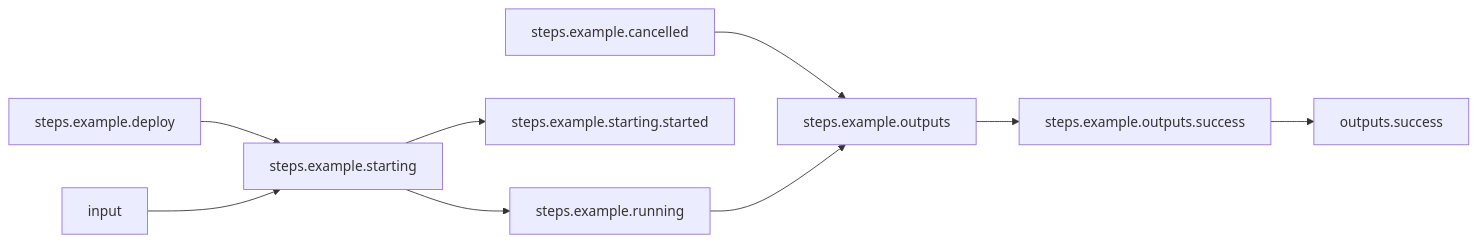
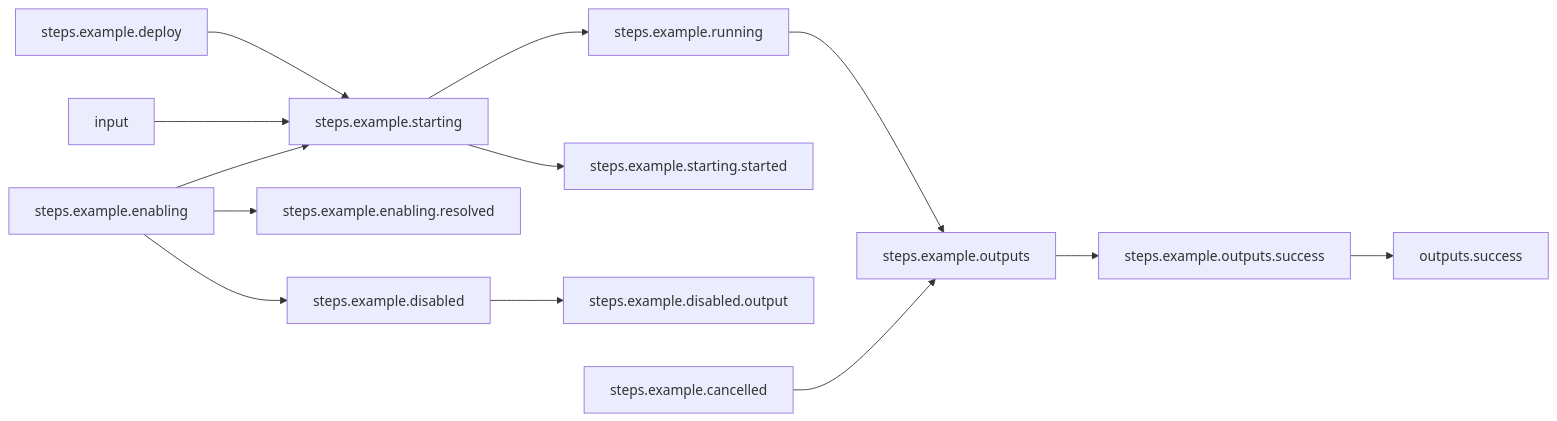
The diagram in basic-examples/namespaced-scopes/README.md (arcalot/arcaflow-workflows), drawn with Mermaid before and after one commit. The commit also changed other lines of this file and 8 other files, not shown here.

````diff
--- a/basic-examples/namespaced-scopes/README.md
+++ b/basic-examples/namespaced-scopes/README.md
@@ -159,13 +159,17 @@
 ```mermaid
 %% Mermaid markdown workflow
 flowchart LR
 %% Success path
+steps.example.starting-->steps.example.starting.started
+steps.example.starting-->steps.example.running
+steps.example.disabled-->steps.example.disabled.output
+steps.example.enabling-->steps.example.disabled
+steps.example.enabling-->steps.example.enabling.resolved
+steps.example.enabling-->steps.example.starting
 steps.example.outputs.success-->outputs.success
+steps.example.running-->steps.example.outputs
+steps.example.outputs-->steps.example.outputs.success
+input-->steps.example.starting
 steps.example.deploy-->steps.example.starting
-input-->steps.example.starting
-steps.example.outputs-->steps.example.outputs.success
-steps.example.starting-->steps.example.running
-steps.example.starting-->steps.example.starting.started
 steps.example.cancelled-->steps.example.outputs
-steps.example.running-->steps.example.outputs
 ```
````
